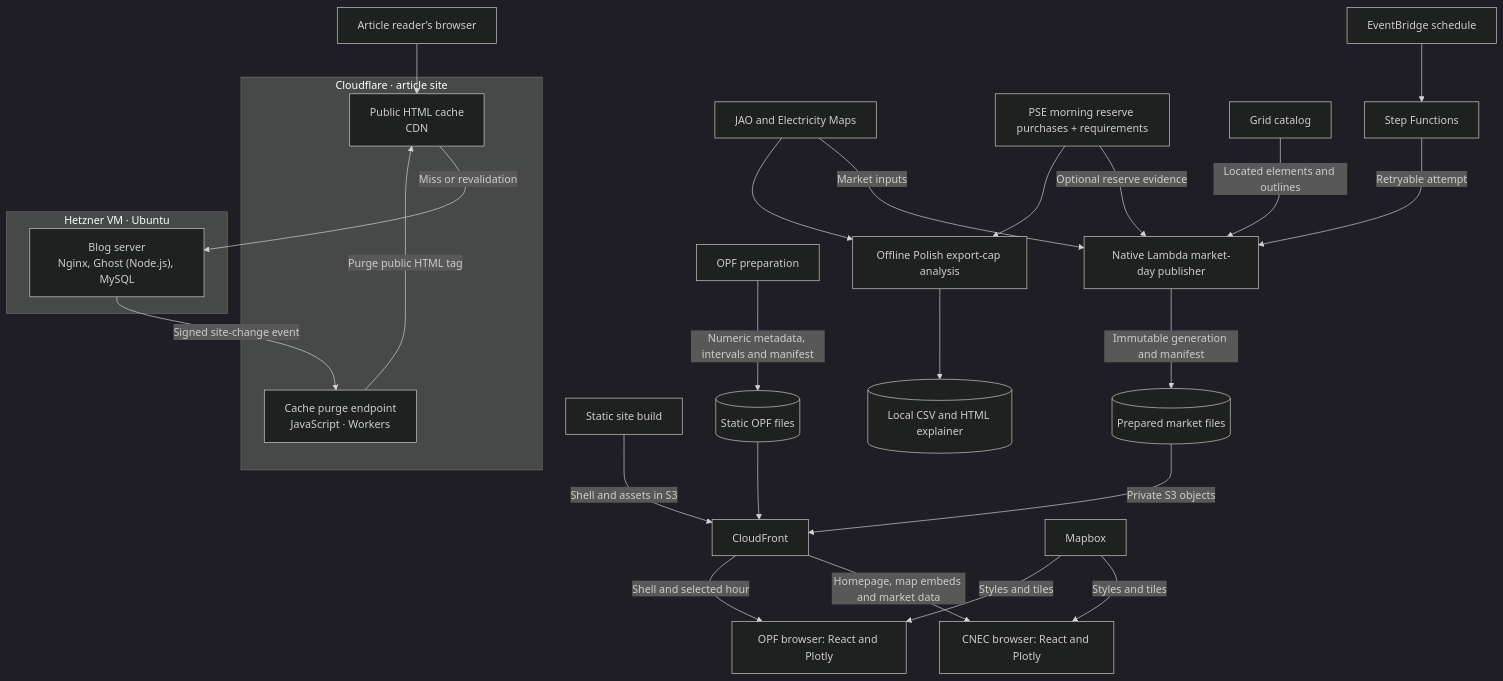
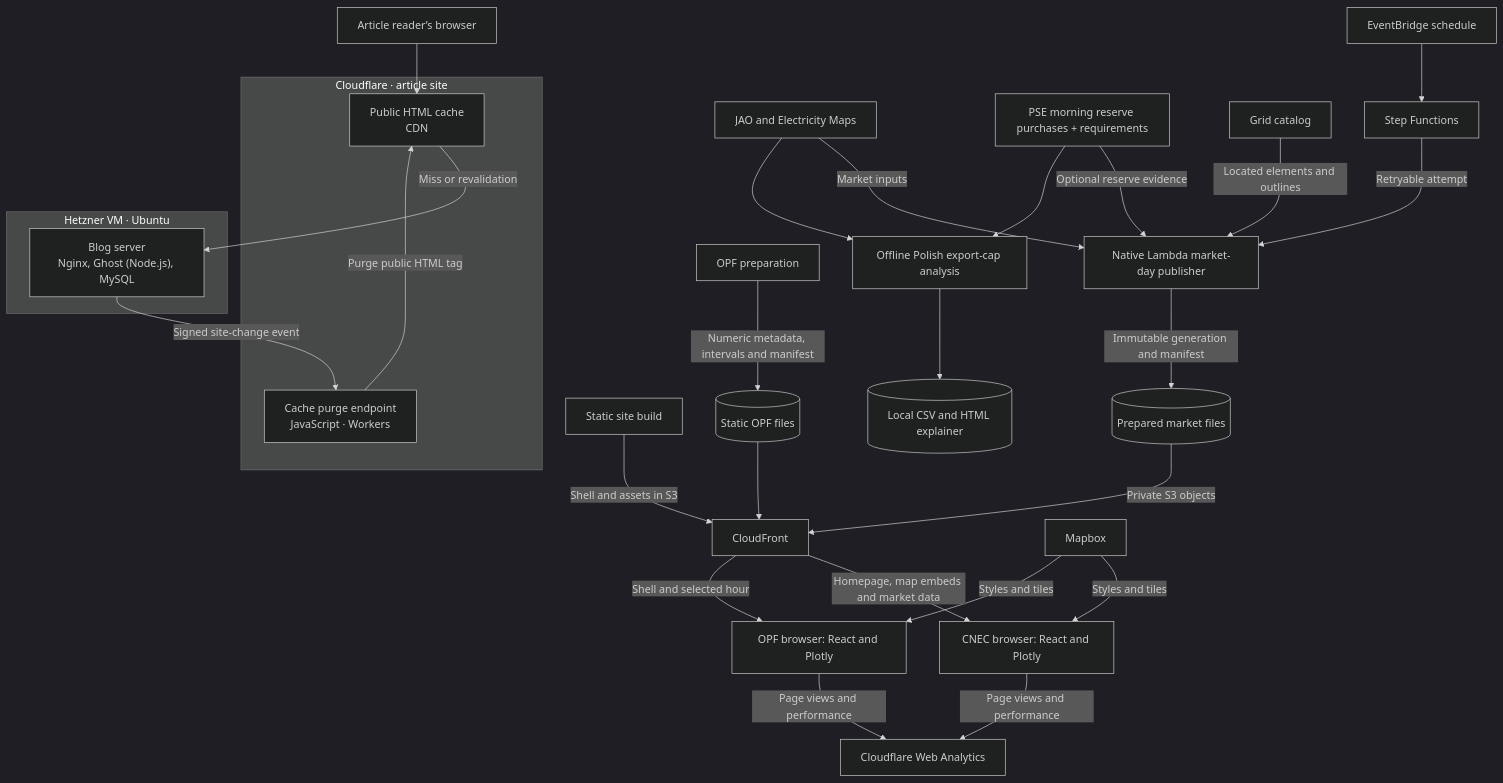
The diagram in README.md (zoltanmaric/coppersushi), drawn with Mermaid (dark theme) before and after one commit. The commit also changed 6 other files, not shown here.

Commit message:
Add Cloudflare Web Analytics to production app shells

````diff
--- a/README.md
+++ b/README.md
@@ -45,38 +45,40 @@
 ```mermaid
 flowchart TB
     articles["Article reader’s browser"]
     subgraph articlecloudflare["Cloudflare · article site"]
         articleedge["Public HTML cache<br/>CDN"]
         purge["Cache purge endpoint<br/>JavaScript · Workers"]
     end
     subgraph articlehetzner["Hetzner VM · Ubuntu"]
         articlehost["Blog server<br/>Nginx, Ghost (Node.js), MySQL"]
     end
     articles --> articleedge
     articleedge -->|Miss or revalidation| articlehost
     articlehost -->|Signed site-change event| purge
     purge -->|Purge public HTML tag| articleedge
     click articlehost "https://github.com/zoltanmaric/coppersushi/blob/main/121gigawatts/hosting/README.md" "Ghost hosting"
     click purge "https://github.com/zoltanmaric/coppersushi/blob/main/121gigawatts/hosting/README.md#public-page-caching" "Cache purge endpoint"
     schedule["EventBridge schedule"] --> workflow["Step Functions"]
     workflow -->|Retryable attempt| publication
     market["JAO and Electricity Maps"] -->|Market inputs| publication["Native Lambda market-day publisher"]
     pse["PSE morning reserve purchases + requirements"] -->|Optional reserve evidence| publication
     pse --> investigation["Offline Polish export-cap analysis"]
     market --> investigation
     investigation --> research[("Local CSV and HTML explainer")]
     catalog["Grid catalog"] -->|Located elements and outlines| publication
     publication -->|Immutable generation and manifest| prepared[("Prepared market files")]
     prepared -->|Private S3 objects| edge["CloudFront"]
     build["Static site build"] -->|Shell and assets in S3| edge
     edge -->|Homepage, map embeds and market data| browser["CNEC browser: React and Plotly"]
     opf["OPF preparation"] -->|Numeric metadata, intervals and manifest| opffiles[("Static OPF files")]
     opffiles --> edge
     edge -->|Shell and selected hour| opfbrowser["OPF browser: React and Plotly"]
     maps["Mapbox"] -->|Styles and tiles| browser
     maps -->|Styles and tiles| opfbrowser
+    browser -->|Page views and performance| analytics["Cloudflare Web Analytics"]
+    opfbrowser -->|Page views and performance| analytics
     click catalog "https://github.com/zoltanmaric/coppersushi/blob/main/coppersushi/pipelines/grid/README.md" "Grid catalog"
     click opf "https://github.com/zoltanmaric/coppersushi/blob/main/coppersushi/pipelines/powerflow/README.md" "OPF"
     click publication "https://github.com/zoltanmaric/coppersushi/blob/main/coppersushi/pipelines/cnec/README.md" "Publication"
     click browser "https://github.com/zoltanmaric/coppersushi/blob/main/coppersushi/frontend/README.md" "CNEC browser"
 ```
````
